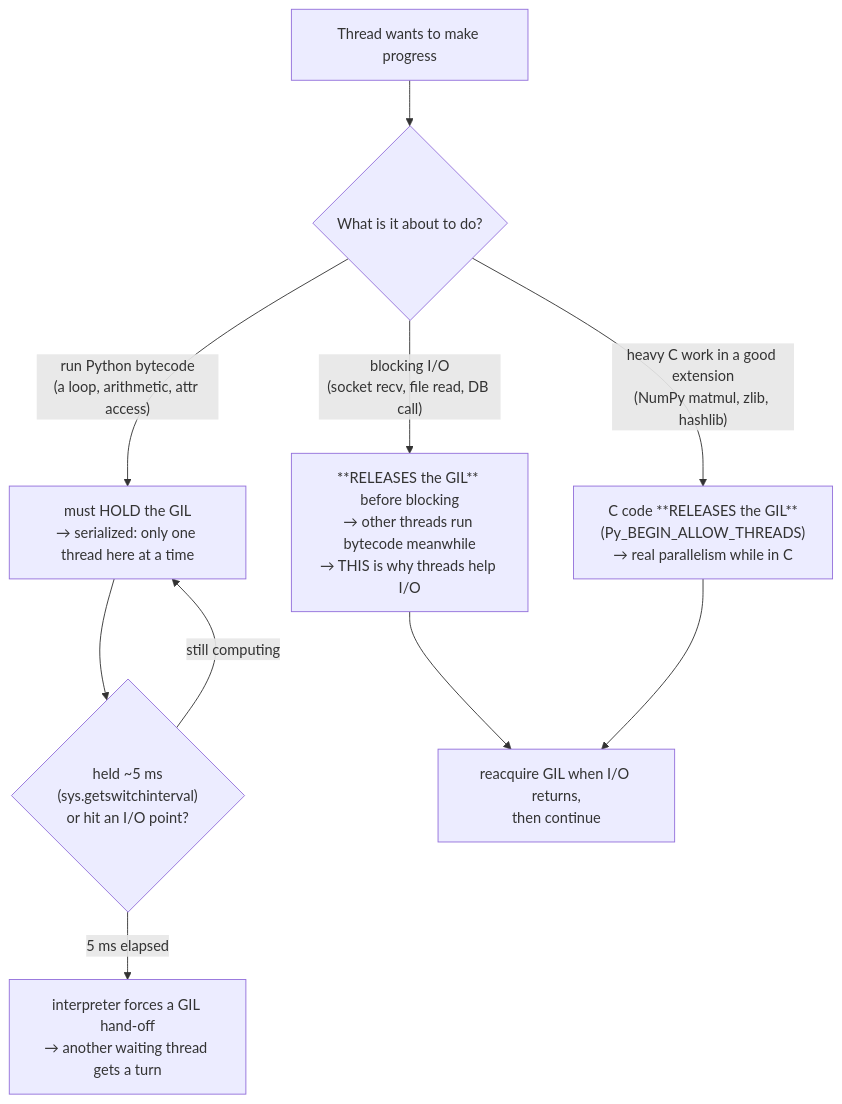
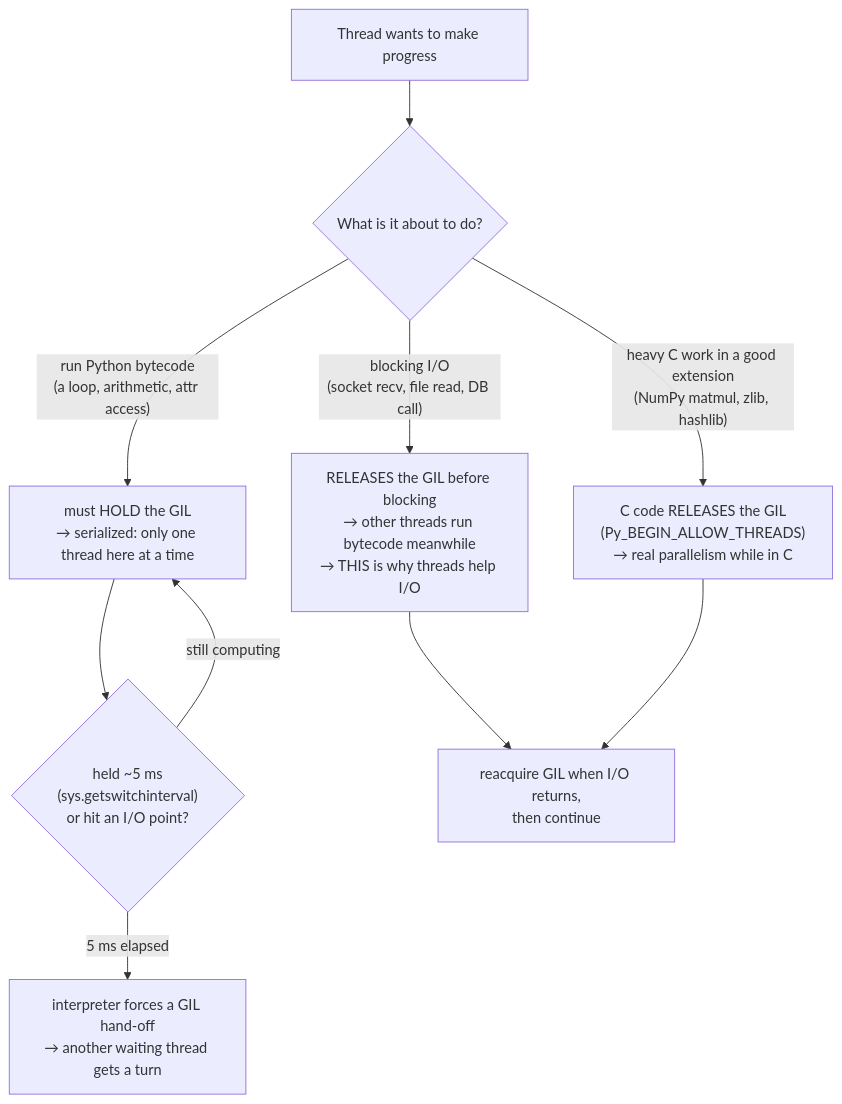
Before and after one commit to ustcer1984/Computer-Science-Software-Engineering-for-AI-Engineer: the second of 3 diagrams in courses/01-computers-and-os/03-processes-threads-concurrency/01-concurrency-parallelism-and-the-gil.md, drawn with Mermaid. The commit also changed other lines of this file and 4 other files, not shown here.

First line of the commit message:
Fix concurrency-§1 diagrams after visual verification

````diff
--- a/courses/01-computers-and-os/03-processes-threads-concurrency/01-concurrency-parallelism-and-the-gil.md
+++ b/courses/01-computers-and-os/03-processes-threads-concurrency/01-concurrency-parallelism-and-the-gil.md
@@ -209,12 +189,12 @@
 ```mermaid
 flowchart TB
     START["Thread wants to make progress"] --> KIND{What is it about to do?}
     KIND -- "run Python bytecode<br/>(a loop, arithmetic, attr access)" --> HOLD["must HOLD the GIL<br/>→ serialized: only one thread here at a time"]
-    KIND -- "blocking I/O<br/>(socket recv, file read, DB call)" --> REL1["**RELEASES the GIL** before blocking<br/>→ other threads run bytecode meanwhile<br/>→ THIS is why threads help I/O"]
-    KIND -- "heavy C work in a good extension<br/>(NumPy matmul, zlib, hashlib)" --> REL2["C code **RELEASES the GIL**<br/>(Py_BEGIN_ALLOW_THREADS)<br/>→ real parallelism while in C"]
+    KIND -- "blocking I/O<br/>(socket recv, file read, DB call)" --> REL1["RELEASES the GIL before blocking<br/>→ other threads run bytecode meanwhile<br/>→ THIS is why threads help I/O"]
+    KIND -- "heavy C work in a good extension<br/>(NumPy matmul, zlib, hashlib)" --> REL2["C code RELEASES the GIL<br/>(Py_BEGIN_ALLOW_THREADS)<br/>→ real parallelism while in C"]
     HOLD --> SWITCH{"held ~5 ms<br/>(sys.getswitchinterval)<br/>or hit an I/O point?"}
     SWITCH -- "5 ms elapsed" --> YIELD["interpreter forces a GIL hand-off<br/>→ another waiting thread gets a turn"]
     SWITCH -- "still computing" --> HOLD
     REL1 --> REACQ["reacquire GIL when I/O returns,<br/>then continue"]
     REL2 --> REACQ
 ```
````
